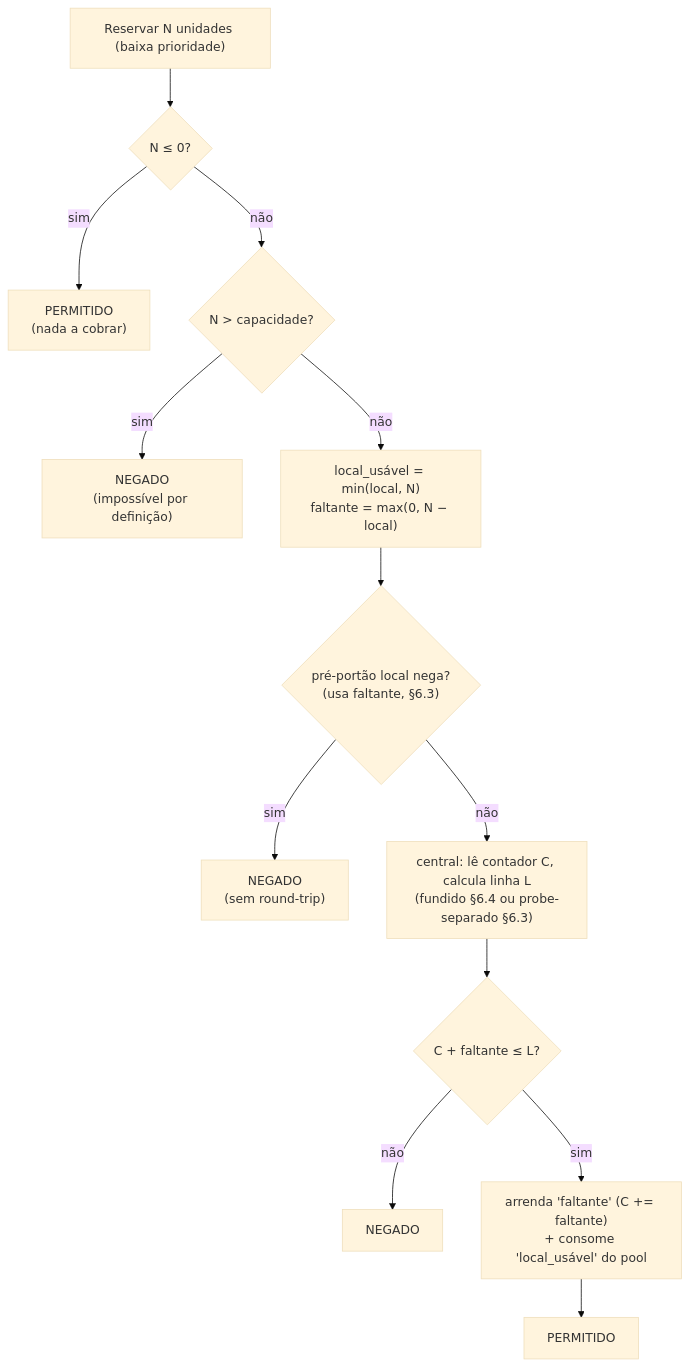
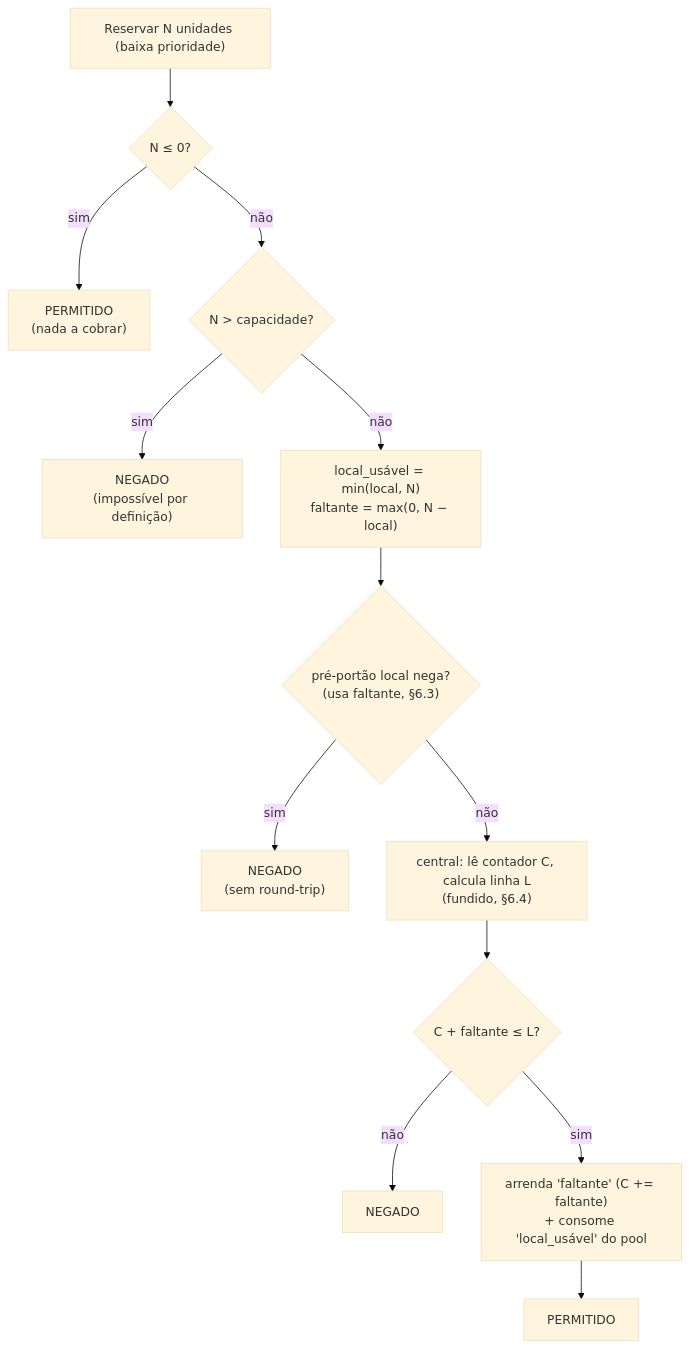
Before and after one commit to rodrigogurgel/klimiter: the seventh of 13 diagrams in docs/DESIGN-CONCEITUAL.md, drawn with Mermaid (base theme). The commit also changed other lines of this file and 5 other files, not shown here.

````diff
--- a/docs/DESIGN-CONCEITUAL.md
+++ b/docs/DESIGN-CONCEITUAL.md
@@ -364,15 +363,15 @@
 ```mermaid
 flowchart TD
     Start["Reservar N unidades (baixa prioridade)"] --> T0{"N ≤ 0?"}
     T0 -->|sim| OKt["PERMITIDO<br/>(nada a cobrar)"]
     T0 -->|não| T1{"N > capacidade?"}
     T1 -->|sim| NOt["NEGADO<br/>(impossível por definição)"]
     T1 -->|não| Split["local_usável = min(local, N)<br/>faltante = max(0, N − local)"]
     Split --> Pre{"pré-portão local nega?<br/>(usa faltante, §6.3)"}
     Pre -->|sim| NOp["NEGADO<br/>(sem round-trip)"]
-    Pre -->|não| Central["central: lê contador C, calcula linha L<br/>(fundido §6.4 ou probe-separado §6.3)"]
+    Pre -->|não| Central["central: lê contador C, calcula linha L<br/>(fundido, §6.4)"]
     Central --> Gate{"C + faltante ≤ L?"}
     Gate -->|não| NOc["NEGADO"]
     Gate -->|sim| Do["arrenda 'faltante' (C += faltante)<br/>+ consome 'local_usável' do pool"]
     Do --> OKc["PERMITIDO"]
 ```
````
